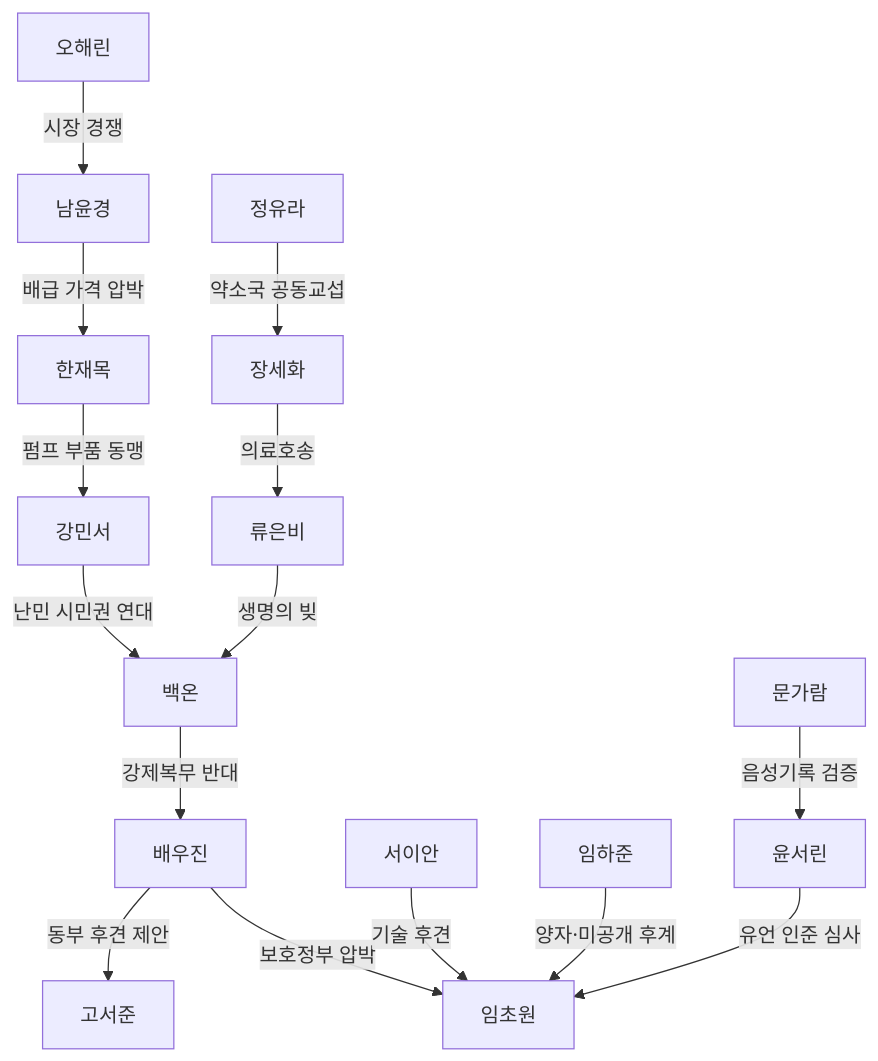
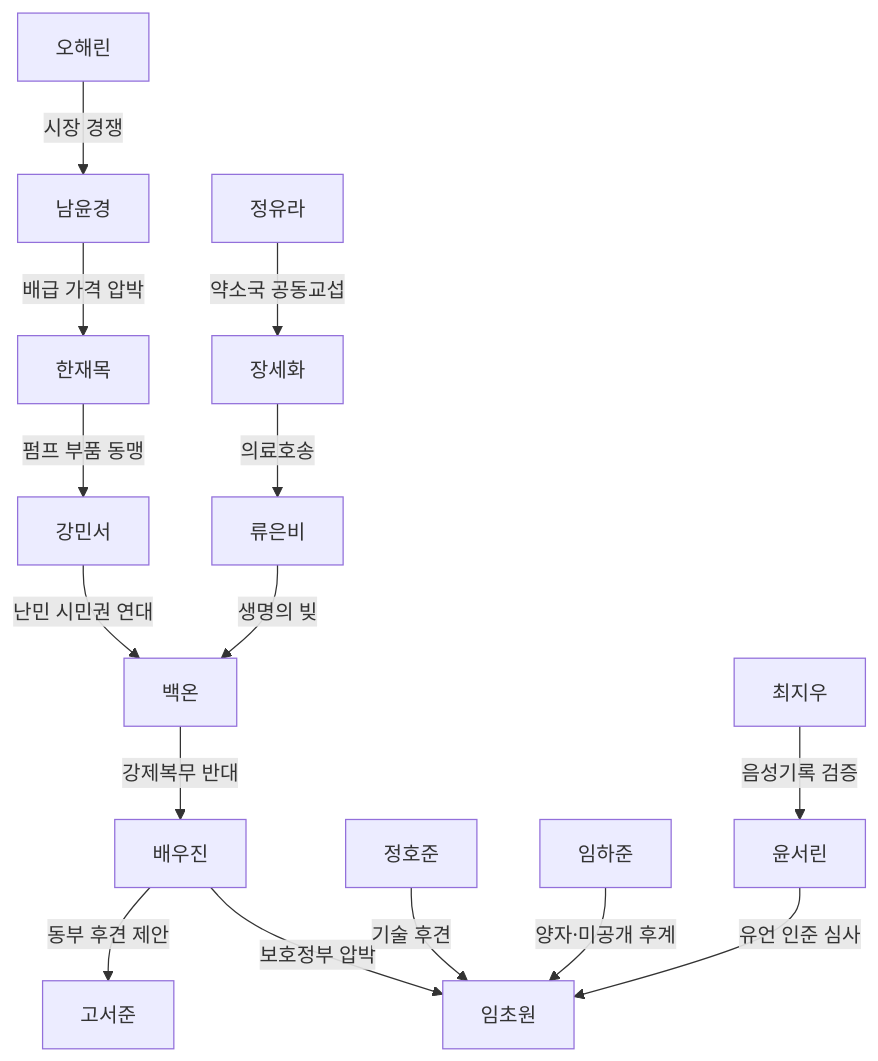
Before and after one commit to islee23520/seoul-dengoku-wiki: the second of 2 diagrams in GAME-LOGIC/site/world/Ambitions-and-Relations.md, drawn with Mermaid. The commit also changed other lines of this file and 317 other files, not shown here.

````diff
--- a/GAME-LOGIC/site/world/Ambitions-and-Relations.md
+++ b/GAME-LOGIC/site/world/Ambitions-and-Relations.md
@@ -41,17 +41,17 @@
 ```mermaid
 graph TD
     HJ[한재목] -->|펌프 부품 동맹| KM[강민서]
     KM -->|난민 시민권 연대| BO[백온]
     BO -->|강제복무 반대| BW[배우진]
     BW -->|보호정부 압박| IC[임초원]
-    SI[서이안] -->|기술 후견| IC
+    SI[정호준] -->|기술 후견| IC
     IH[임하준] -->|양자·미공개 후계| IC
     YS[윤서린] -->|유언 인준 심사| IC
-    MG[문가람] -->|음성기록 검증| YS
+    MG[최지우] -->|음성기록 검증| YS
     NY[남윤경] -->|배급 가격 압박| HJ
     OH[오해린] -->|시장 경쟁| NY
     JY[정유라] -->|약소국 공동교섭| JS[장세화]
     JS -->|의료호송| RE[류은비]
     RE -->|생명의 빚| BO
     BW[배우진] -->|동부 후견 제안| GS[고서준]
 ```
````
